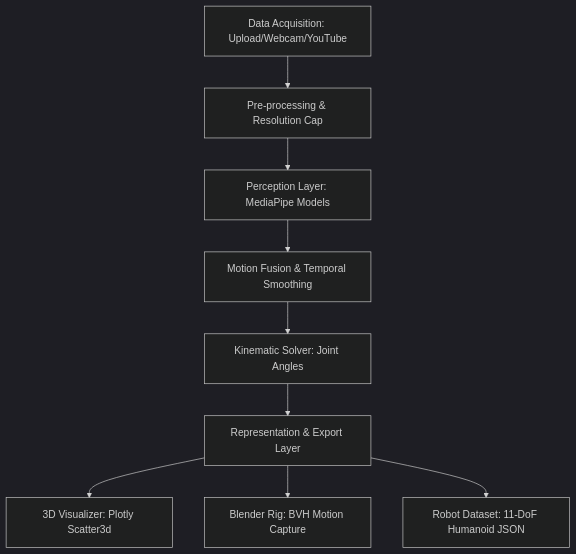
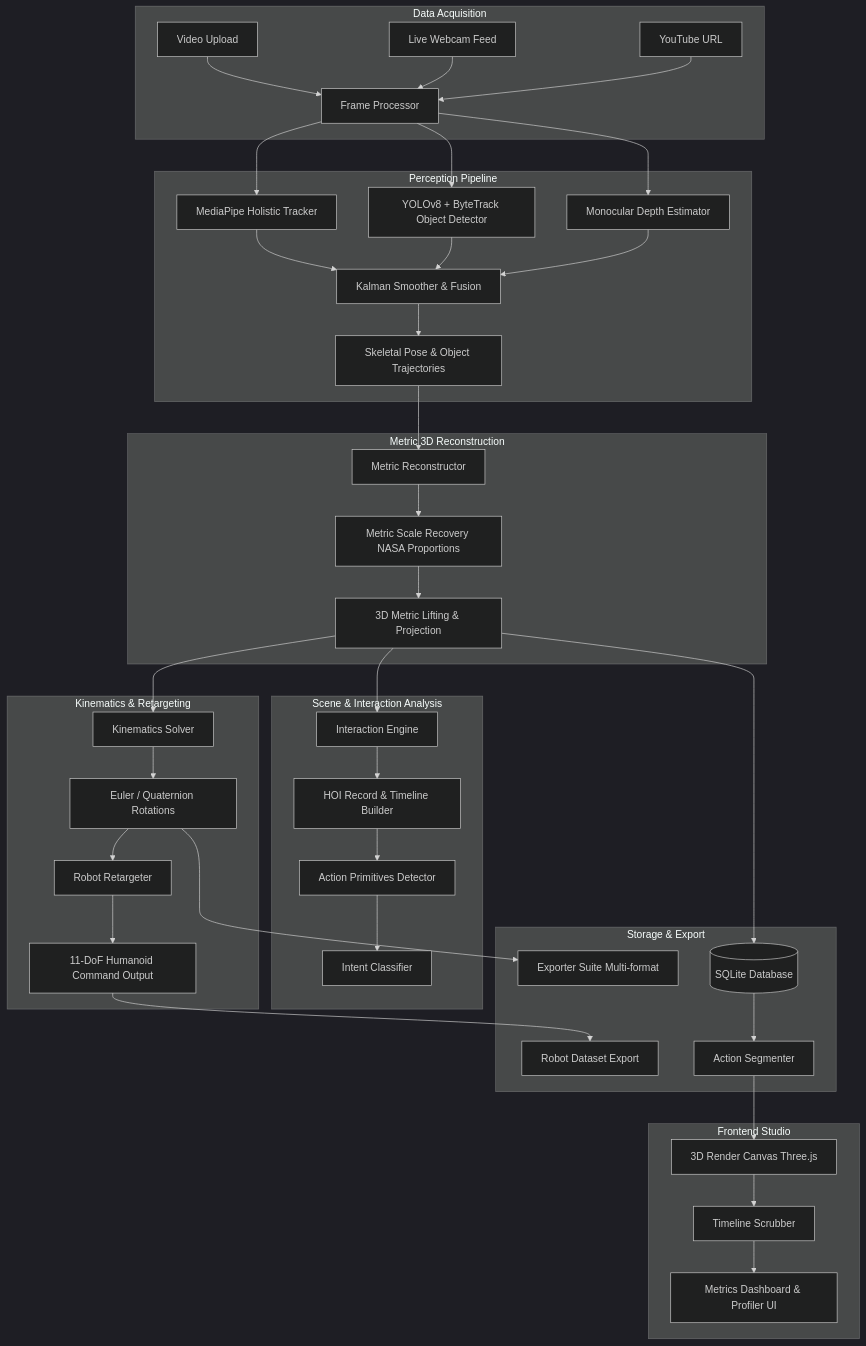
Before and after one commit to SahilKhutey/SignVerse: the diagram in ARCHITECTURE.md, drawn with Mermaid (dark theme). The commit also changed other lines of this file and 3 other files, not shown here.

Commit message:
docs: upgrade repository docs structure, API reference, and architecture specs to professional grade

````diff
--- a/ARCHITECTURE.md
+++ b/ARCHITECTURE.md
@@ -8,12 +12,50 @@
 ```mermaid
 graph TD
-    A[Data Acquisition: Upload/Webcam/YouTube] --> B[Pre-processing & Resolution Cap]
-    B --> C[Perception Layer: MediaPipe Models]
-    C --> D[Motion Fusion & Temporal Smoothing]
-    D --> E[Kinematic Solver: Joint Angles]
-    E --> F[Representation & Export Layer]
-    
-    F --> F1[3D Visualizer: Plotly Scatter3d]
-    F --> F2[Blender Rig: BVH Motion Capture]
-    F --> F3[Robot Dataset: 11-DoF Humanoid JSON]
+    subgraph Data Acquisition
+        A1[Video Upload] --> B[Frame Processor]
+        A2[Live Webcam Feed] --> B
+        A3[YouTube URL] --> B
+    end
+
+    subgraph Perception Pipeline
+        B --> C[MediaPipe Holistic Tracker]
+        B --> C2[YOLOv8 + ByteTrack Object Detector]
+        B --> C3[Monocular Depth Estimator]
+        
+        C & C2 & C3 --> D[Kalman Smoother & Fusion]
+        D --> E[Skeletal Pose & Object Trajectories]
+    end
+
+    subgraph Metric 3D Reconstruction
+        E --> MR[Metric Reconstructor]
+        MR --> MS[Metric Scale Recovery NASA Proportions]
+        MS --> ML[3D Metric Lifting & Projection]
+    end
+
+    subgraph Kinematics & Retargeting
+        ML --> F[Kinematics Solver]
+        F --> G[Euler / Quaternion Rotations]
+        G --> H[Robot Retargeter]
+        H --> I[11-DoF Humanoid Command Output]
+    end
+
+    subgraph Scene & Interaction Analysis
+        ML --> IA[Interaction Engine]
+        IA --> HOI[HOI Record & Timeline Builder]
+        HOI --> AP[Action Primitives Detector]
+        AP --> IC[Intent Classifier]
+    end
+
+    subgraph Storage & Export
+        ML --> J[(SQLite Database)]
+        G --> K[Exporter Suite Multi-format]
+        I --> L[Robot Dataset Export]
+        J --> M[Action Segmenter]
+    end
+
+    subgraph Frontend Studio
+        M --> N[3D Render Canvas Three.js]
+        N --> O[Timeline Scrubber]
+        O --> P[Metrics Dashboard & Profiler UI]
+    end
 ```
````
